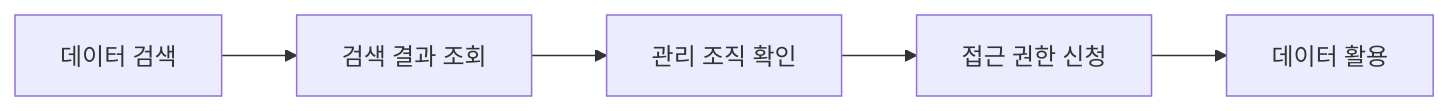
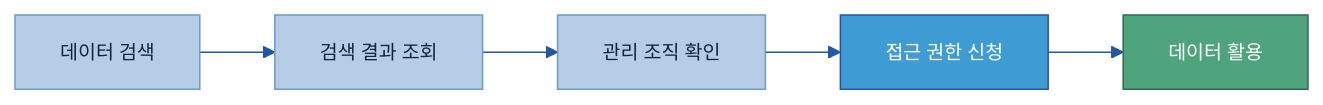
Before and after one commit to jin-kearney/ai-ready-data-manual: the fifth of 7 diagrams in 가이드 작성/A-1 데이터 카탈로그/A-1 데이터 카탈로그.md, drawn with Mermaid. The commit also changed other lines of this file and 3 other files, not shown here.

First line of the commit message:
docs(A-1·A-2·A-3·B-2): 콘텐츠 보강 — 본문 디테일·다이어그램·표 (B-1·B-3 수준)

````diff
--- a/가이드 작성/A-1 데이터 카탈로그/A-1 데이터 카탈로그.md
+++ b/가이드 작성/A-1 데이터 카탈로그/A-1 데이터 카탈로그.md
@@ -649,15 +745,8 @@
 ```mermaid
+%%{init: {'theme':'base','themeVariables':{'primaryColor':'#DCE8F5','primaryBorderColor':'#2456A4','primaryTextColor':'#10243f','lineColor':'#2456A4','fontSize':'13px'}}}%%
 flowchart LR
-
-A[데이터 검색]
--->B[검색 결과 조회]
-
-B
--->C[관리 조직 확인]
-
-C
--->D[접근 권한 신청]
-
-D
--->E[데이터 활용]
+    A[데이터 검색]:::n --> B[검색 결과 조회]:::n --> C[관리 조직 확인]:::n --> D[접근 권한 신청]:::gate --> E[데이터 활용]:::loop
+    classDef n fill:#B7CDE6,stroke:#6B9AD1,color:#10243f;
+    classDef gate fill:#3F9BD4,stroke:#2456A4,color:#fff;
+    classDef loop fill:#4FA47D,stroke:#2f6b50,color:#fff;
 ```
````
